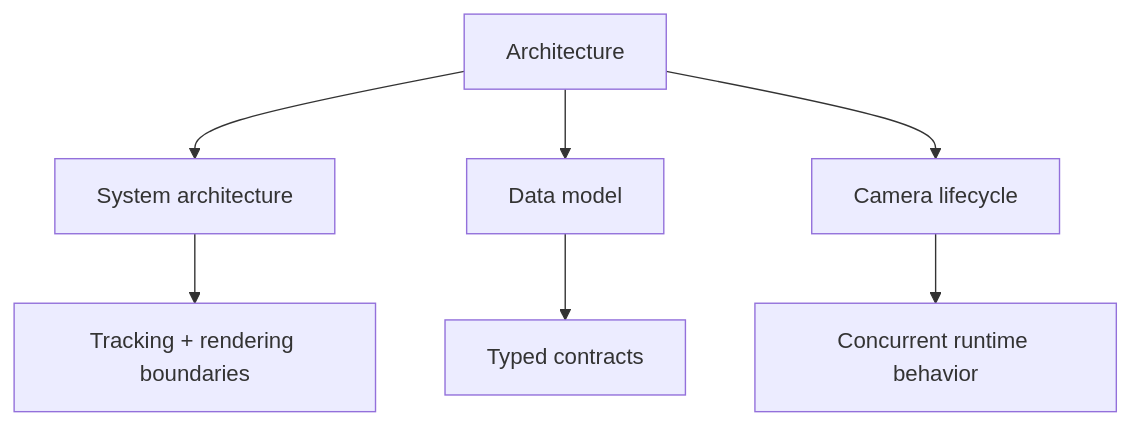
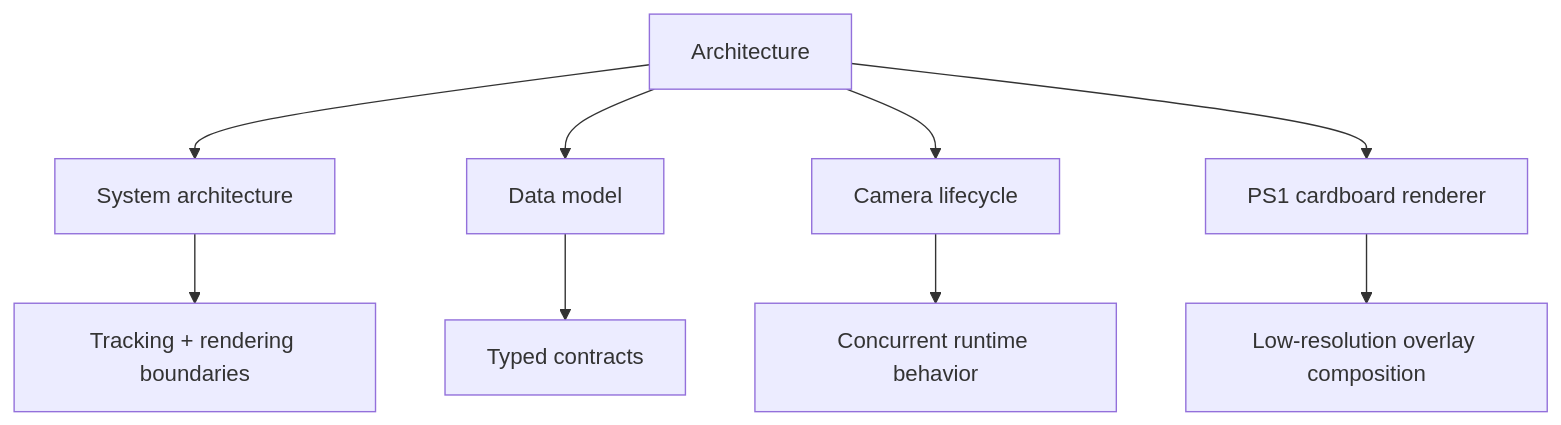
The diagram in docs/02-architecture/README.md (Zanark/KardboardCode-VTuber), drawn with Mermaid before and after one commit. The commit also changed other lines of this file and 10 other files, not shown here.

First line of the commit message:
Build basic PS1 cardboard renderer

````diff
--- a/docs/02-architecture/README.md
+++ b/docs/02-architecture/README.md
@@ -12,9 +13,11 @@
 ```mermaid
 flowchart TD
     Architecture --> System["System architecture"]
     Architecture --> Model["Data model"]
     Architecture --> Lifecycle["Camera lifecycle"]
+    Architecture --> Renderer["PS1 cardboard renderer"]
     System --> Future["Tracking + rendering boundaries"]
     Model --> Contracts["Typed contracts"]
     Lifecycle --> Runtime["Concurrent runtime behavior"]
+    Renderer --> Composite["Low-resolution overlay composition"]
 ```
````
